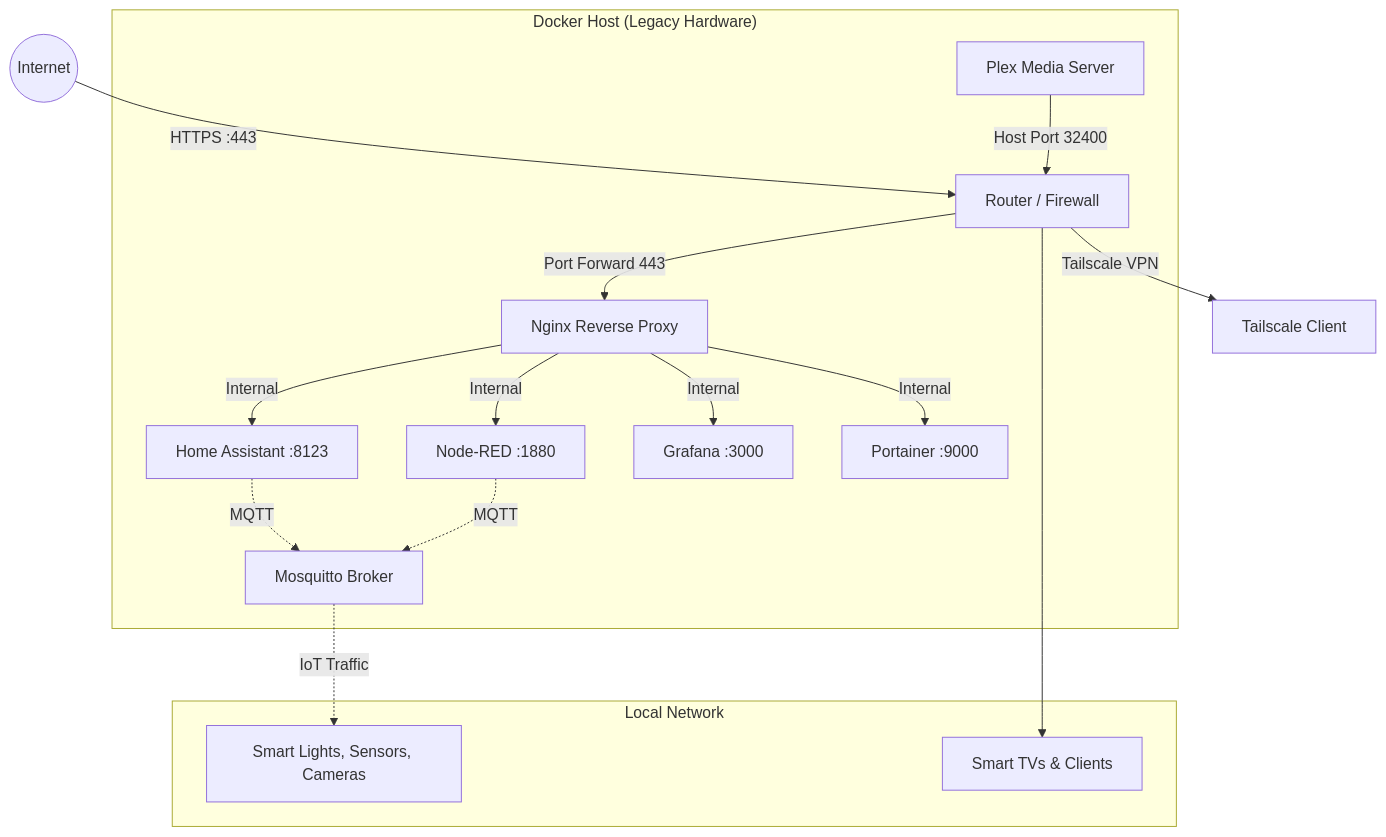
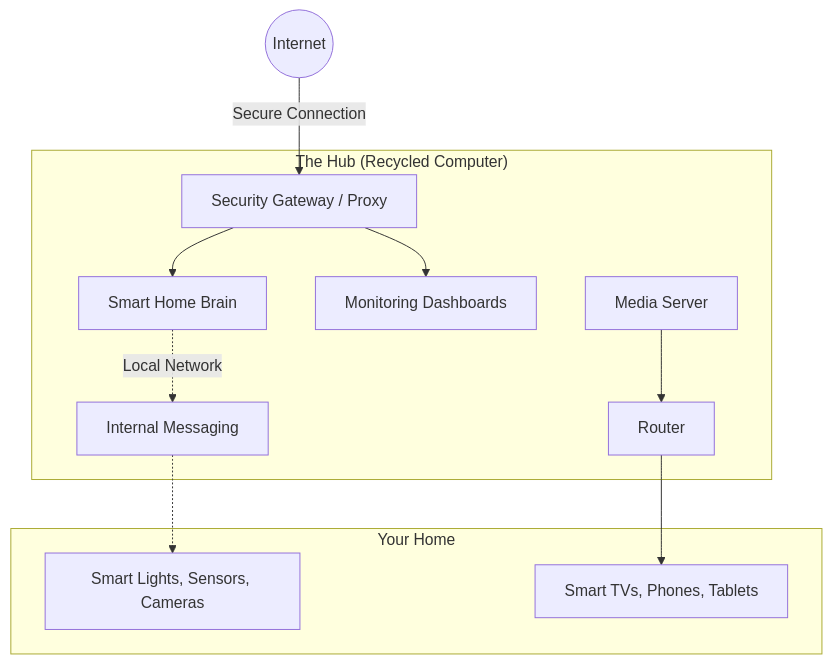
The diagram in README.md (nicolassnider/home_media_automation_public), drawn with Mermaid before and after one commit. The commit also changed other lines of this file and 1 other file, not shown here.

````diff
--- a/README.md
+++ b/README.md
@@ -50,23 +46,18 @@
 ```mermaid
 graph TD
-    Internet((Internet)) -->|HTTPS :443| Router[Router / Firewall]
-    Router -->|Port Forward 443| Nginx[Nginx Reverse Proxy]
-    Router -->|Tailscale VPN| VPN[Tailscale Client]
+    Internet((Internet)) -->|Secure Connection| Nginx[Security Gateway / Proxy]
     
-    subgraph "Docker Host (Legacy Hardware)"
-        Nginx -->|Internal| HA[Home Assistant :8123]
-        Nginx -->|Internal| NR[Node-RED :1880]
-        Nginx -->|Internal| Grafana[Grafana :3000]
-        Nginx -->|Internal| Portainer[Portainer :9000]
+    subgraph "The Hub (Recycled Computer)"
+        Nginx --> HA[Smart Home Brain]
+        Nginx --> Dashboards[Monitoring Dashboards]
         
-        HA -.->|MQTT| Mosquitto[Mosquitto Broker]
-        NR -.->|MQTT| Mosquitto
+        HA -.->|Local Network| Comm[Internal Messaging]
         
-        Plex[Plex Media Server] -->|Host Port 32400| Router
+        Plex[Media Server] --> Router
     end
 
-    subgraph "Local Network"
-        Mosquitto -.->|IoT Traffic| SmartDevices[Smart Lights, Sensors, Cameras]
-        Router --> TVs[Smart TVs & Clients]
+    subgraph "Your Home"
+        Comm -.-> SmartDevices[Smart Lights, Sensors, Cameras]
+        Router --> TVs[Smart TVs, Phones, Tablets]
     end
 ```
````
